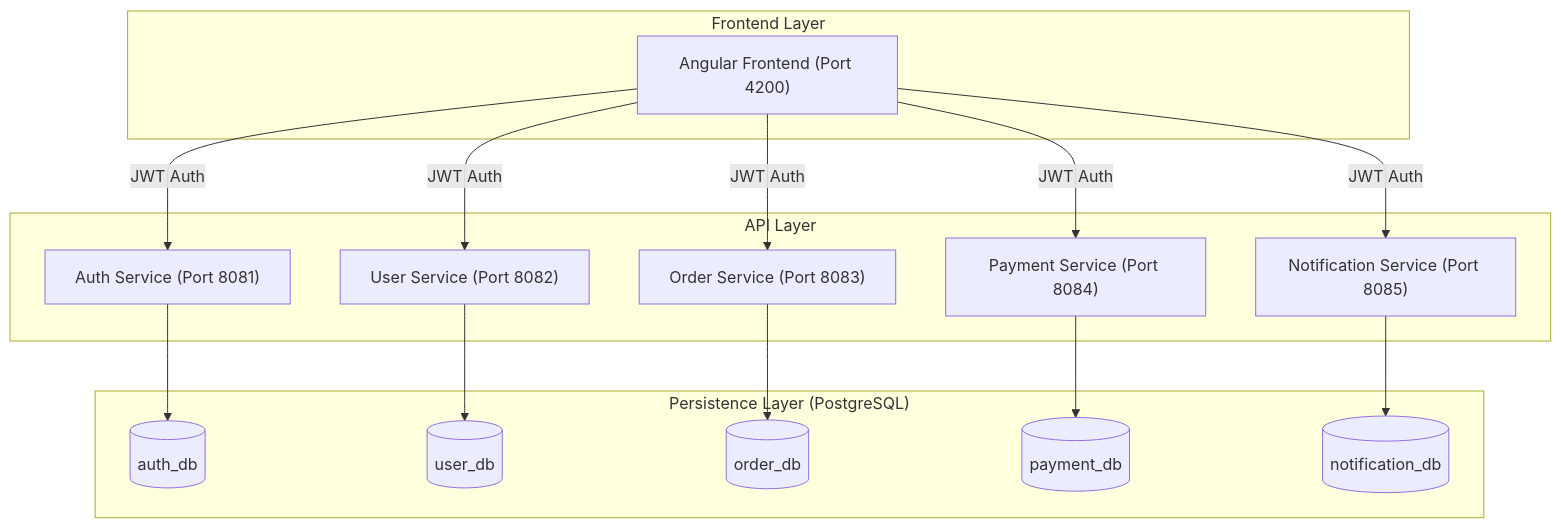
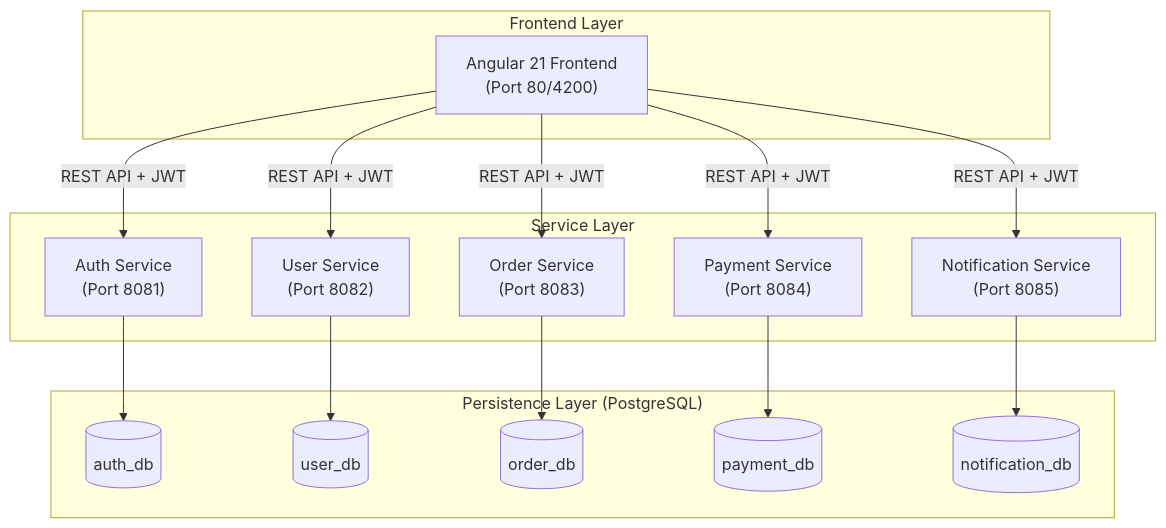
The diagram in README.md (Devansh-Chauhan-GitHub/microservice-application), drawn with Mermaid before and after one commit. The commit also changed other lines of this file and 1 other file, not shown here.

````diff
--- a/README.md
+++ b/README.md
@@ -7,34 +11,34 @@
 ```mermaid
 graph TD
     subgraph "Frontend Layer"
-        Angular["Angular Frontend (Port 4200)"]
+        Angular["Angular 21 Frontend<br/>(Port 80/4200)"]
     end
 
-    subgraph "API Layer"
-        AuthS["Auth Service (Port 8081)"]
-        UserS["User Service (Port 8082)"]
-        OrderS["Order Service (Port 8083)"]
-        PayS["Payment Service (Port 8084)"]
-        NoteS["Notification Service (Port 8085)"]
+    subgraph "Service Layer"
+        AuthS["Auth Service<br/>(Port 8081)"]
+        UserS["User Service<br/>(Port 8082)"]
+        OrderS["Order Service<br/>(Port 8083)"]
+        PayS["Payment Service<br/>(Port 8084)"]
+        NoteS["Notification Service<br/>(Port 8085)"]
     end
 
     subgraph "Persistence Layer (PostgreSQL)"
         DB1[(auth_db)]
         DB2[(user_db)]
         DB3[(order_db)]
         DB4[(payment_db)]
         DB5[(notification_db)]
     end
 
-    Angular -->|JWT Auth| AuthS
-    Angular -->|JWT Auth| UserS
-    Angular -->|JWT Auth| OrderS
-    Angular -->|JWT Auth| PayS
-    Angular -->|JWT Auth| NoteS
+    Angular -->|REST API + JWT| AuthS
+    Angular -->|REST API + JWT| UserS
+    Angular -->|REST API + JWT| OrderS
+    Angular -->|REST API + JWT| PayS
+    Angular -->|REST API + JWT| NoteS
 
     AuthS --> DB1
     UserS --> DB2
     OrderS --> DB3
     PayS --> DB4
     NoteS --> DB5
 ```
````
